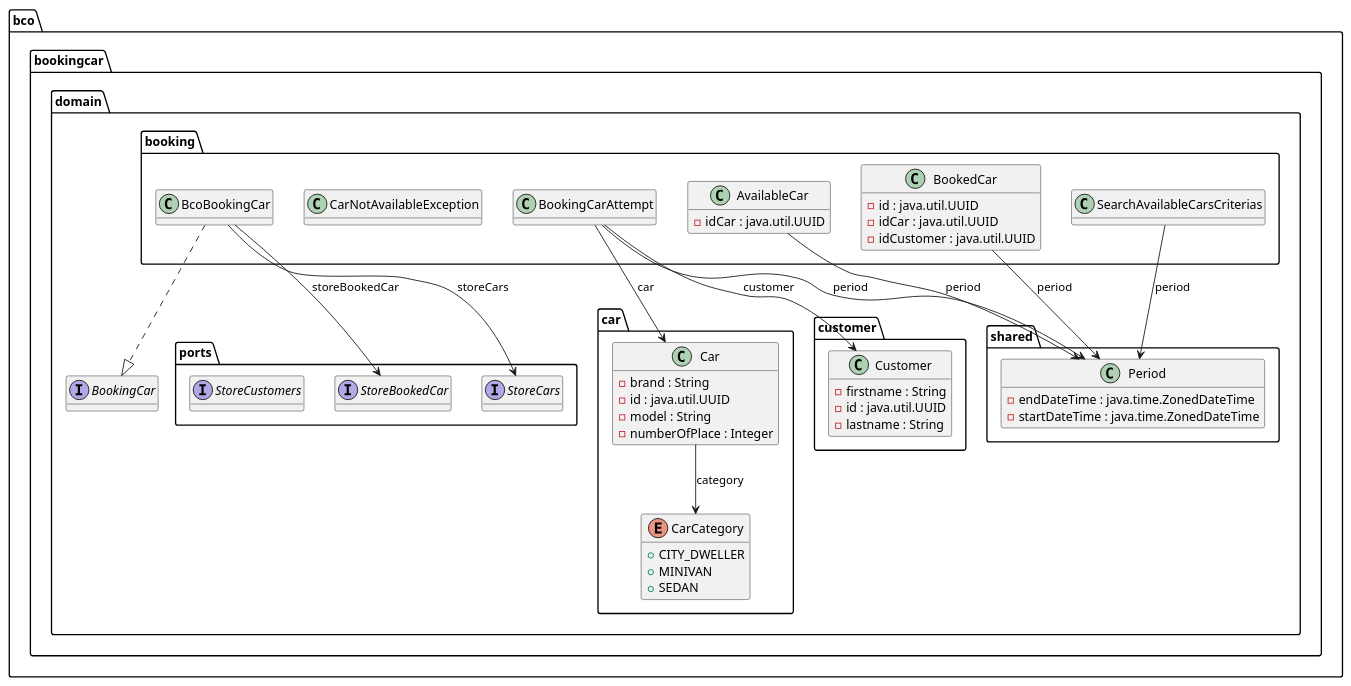
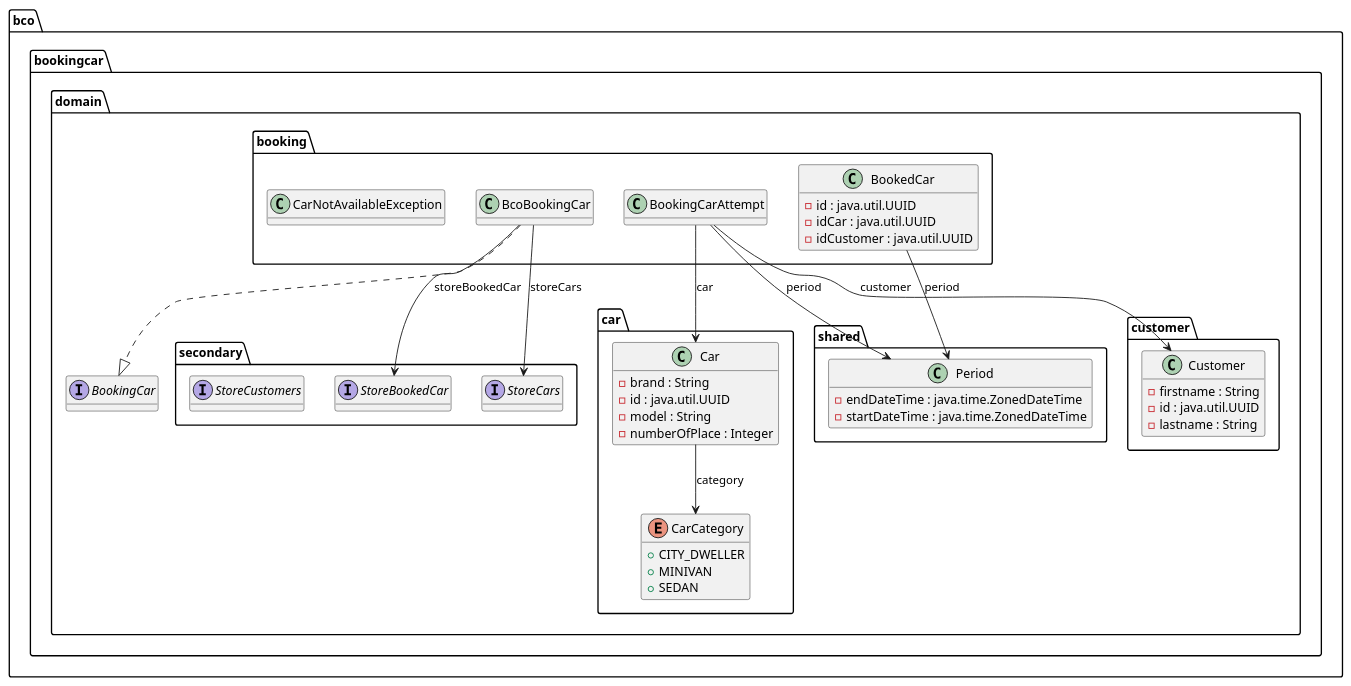
Before and after one commit to benjamins44/bookingcar: the diagram in bookingcar-domain/docs/domain.puml, drawn with PlantUML. The commit also changed 47 other files, not shown here.

```diff
--- a/bookingcar-domain/docs/domain.puml
+++ b/bookingcar-domain/docs/domain.puml
@@ -1,164 +1,136 @@
 @startuml
 
 interface bco.bookingcar.domain.BookingCar {
 	{method}  {abstract} +book ( paramBookingCarAttempt1 : bco.bookingcar.domain.booking.BookingCarAttempt ) : bco.bookingcar.domain.booking.BookedCar
-	{method}  {abstract} +search ( paramSearchAvailableCarsCriterias1 : bco.bookingcar.domain.booking.SearchAvailableCarsCriterias ) : java.util.List
-}
-
-
-class bco.bookingcar.domain.booking.AvailableCar {
-	{field} -idCar : java.util.UUID
-	{method}  {static} +builder () : bco.bookingcar.domain.booking.AvailableCar$AvailableCarBuilder
-	{method} #canEqual ( paramObject1 : Object ) : boolean
-	{method} +equals ( paramObject1 : Object ) : boolean
-	{method} +hashCode () : int
-	{method} +toString () : String
-	{method} +withIdCar ( paramUUID1 : java.util.UUID ) : bco.bookingcar.domain.booking.AvailableCar
-	{method} +withPeriod ( paramPeriod1 : bco.bookingcar.domain.shared.Period ) : bco.bookingcar.domain.booking.AvailableCar
+	{method}  {abstract} +carIsBookedOn ( paramCar1 : bco.bookingcar.domain.car.Car , paramPeriod2 : bco.bookingcar.domain.shared.Period ) : Boolean
 }
 
 
 class bco.bookingcar.domain.booking.BcoBookingCar {
 	{method} +book ( paramBookingCarAttempt1 : bco.bookingcar.domain.booking.BookingCarAttempt ) : bco.bookingcar.domain.booking.BookedCar
-	{method} -carIsBookedOn ( paramCar1 : bco.bookingcar.domain.car.Car , paramPeriod2 : bco.bookingcar.domain.shared.Period ) : boolean
-	{method} -carIsNotBookedIn ( paramCar1 : bco.bookingcar.domain.car.Car , paramPeriod2 : bco.bookingcar.domain.shared.Period ) : boolean
-	{method}  {static} -lambda$carIsNotBookedIn$2 ( paramCar1 : bco.bookingcar.domain.car.Car , paramUUID2 : java.util.UUID ) : boolean
-	{method} -lambda$search$0 ( paramSearchAvailableCarsCriterias1 : bco.bookingcar.domain.booking.SearchAvailableCarsCriterias , paramCar2 : bco.bookingcar.domain.car.Car ) : boolean
-	{method}  {static} -lambda$search$1 ( paramSearchAvailableCarsCriterias1 : bco.bookingcar.domain.booking.SearchAvailableCarsCriterias , paramCar2 : bco.bookingcar.domain.car.Car ) : bco.bookingcar.domain.booking.AvailableCar
-	{method} +search ( paramSearchAvailableCarsCriterias1 : bco.bookingcar.domain.booking.SearchAvailableCarsCriterias ) : java.util.List
+	{method} +carIsBookedOn ( paramCar1 : bco.bookingcar.domain.car.Car , paramPeriod2 : bco.bookingcar.domain.shared.Period ) : Boolean
 }
 
 
 class bco.bookingcar.domain.booking.BookedCar {
 	{field} -id : java.util.UUID
 	{field} -idCar : java.util.UUID
 	{field} -idCustomer : java.util.UUID
 	{method}  {static} +builder () : bco.bookingcar.domain.booking.BookedCar$BookedCarBuilder
 	{method} #canEqual ( paramObject1 : Object ) : boolean
 	{method} +equals ( paramObject1 : Object ) : boolean
 	{method} +hashCode () : int
 	{method} +toString () : String
 	{method} +withId ( paramUUID1 : java.util.UUID ) : bco.bookingcar.domain.booking.BookedCar
 	{method} +withIdCar ( paramUUID1 : java.util.UUID ) : bco.bookingcar.domain.booking.BookedCar
 	{method} +withIdCustomer ( paramUUID1 : java.util.UUID ) : bco.bookingcar.domain.booking.BookedCar
 	{method} +withPeriod ( paramPeriod1 : bco.bookingcar.domain.shared.Period ) : bco.bookingcar.domain.booking.BookedCar
 }
 
 
 class bco.bookingcar.domain.booking.BookingCarAttempt {
 	{method}  {static} +builder () : bco.bookingcar.domain.booking.BookingCarAttempt$BookingCarAttemptBuilder
 	{method} #canEqual ( paramObject1 : Object ) : boolean
 	{method} +equals ( paramObject1 : Object ) : boolean
 	{method} +hashCode () : int
 	{method} +toString () : String
 	{method} +withCar ( paramCar1 : bco.bookingcar.domain.car.Car ) : bco.bookingcar.domain.booking.BookingCarAttempt
 	{method} +withCustomer ( paramCustomer1 : bco.bookingcar.domain.customer.Customer ) : bco.bookingcar.domain.booking.BookingCarAttempt
 	{method} +withPeriod ( paramPeriod1 : bco.bookingcar.domain.shared.Period ) : bco.bookingcar.domain.booking.BookingCarAttempt
 }
 
 
 class bco.bookingcar.domain.booking.CarNotAvailableException {
-}
-
-
-class bco.bookingcar.domain.booking.SearchAvailableCarsCriterias {
-	{method}  {static} +builder () : bco.bookingcar.domain.booking.SearchAvailableCarsCriterias$SearchAvailableCarsCriteriasBuilder
-	{method} #canEqual ( paramObject1 : Object ) : boolean
-	{method} +equals ( paramObject1 : Object ) : boolean
-	{method} +hashCode () : int
-	{method} +toString () : String
-	{method} +withPeriod ( paramPeriod1 : bco.bookingcar.domain.shared.Period ) : bco.bookingcar.domain.booking.SearchAvailableCarsCriterias
 }
 
 
 class bco.bookingcar.domain.car.Car {
 	{field} -brand : String
 	{field} -id : java.util.UUID
 	{field} -model : String
 	{field} -numberOfPlace : Integer
 	{method}  {static} +builder () : bco.bookingcar.domain.car.Car$CarBuilder
 	{method} #canEqual ( paramObject1 : Object ) : boolean
 	{method} +equals ( paramObject1 : Object ) : boolean
 	{method} +hashCode () : int
 	{method} +toString () : String
 	{method} +withBrand ( paramString1 : String ) : bco.bookingcar.domain.car.Car
 	{method} +withCategory ( paramCarCategory1 : bco.bookingcar.domain.car.CarCategory ) : bco.bookingcar.domain.car.Car
 	{method} +withId ( paramUUID1 : java.util.UUID ) : bco.bookingcar.domain.car.Car
 	{method} +withModel ( paramString1 : String ) : bco.bookingcar.domain.car.Car
 	{method} +withNumberOfPlace ( paramInteger1 : Integer ) : bco.bookingcar.domain.car.Car
 }
 
 
 enum bco.bookingcar.domain.car.CarCategory {
 	{field} +CITY_DWELLER
 	{field} +MINIVAN
 	{field} +SEDAN
 }
 
 
 class bco.bookingcar.domain.customer.Customer {
 	{field} -firstname : String
 	{field} -id : java.util.UUID
 	{field} -lastname : String
 	{method}  {static} +builder () : bco.bookingcar.domain.customer.Customer$CustomerBuilder
 	{method} #canEqual ( paramObject1 : Object ) : boolean
 	{method} +equals ( paramObject1 : Object ) : boolean
 	{method} +hashCode () : int
 	{method} +toString () : String
 	{method} +withFirstname ( paramString1 : String ) : bco.bookingcar.domain.customer.Customer
 	{method} +withId ( paramUUID1 : java.util.UUID ) : bco.bookingcar.domain.customer.Customer
 	{method} +withLastname ( paramString1 : String ) : bco.bookingcar.domain.customer.Customer
 }
 
 
-interface bco.bookingcar.domain.ports.StoreBookedCar {
+interface bco.bookingcar.domain.secondary.StoreBookedCar {
 	{method}  {abstract} +add ( paramBookedCar1 : bco.bookingcar.domain.booking.BookedCar ) : bco.bookingcar.domain.booking.BookedCar
 	{method}  {abstract} +getAll ( paramPeriod1 : bco.bookingcar.domain.shared.Period ) : java.util.List
+	{method}  {abstract} +getBookedCarByCarAndPeriod ( paramCar1 : bco.bookingcar.domain.car.Car , paramPeriod2 : bco.bookingcar.domain.shared.Period ) : java.util.List
 }
 
 
-interface bco.bookingcar.domain.ports.StoreCars {
+interface bco.bookingcar.domain.secondary.StoreCars {
 	{method}  {abstract} +add ( paramCar1 : bco.bookingcar.domain.car.Car ) : bco.bookingcar.domain.car.Car
 	{method}  {abstract} +addAll ( paramList1 : java.util.List ) : java.util.List
 	{method}  {abstract} +getAll () : java.util.List
 	{method}  {abstract} +getById ( paramUUID1 : java.util.UUID ) : java.util.Optional
 	{method}  {abstract} +saveAll ( paramList1 : java.util.List ) : void
 }
 
 
-interface bco.bookingcar.domain.ports.StoreCustomers {
+interface bco.bookingcar.domain.secondary.StoreCustomers {
 	{method}  {abstract} +add ( paramCustomer1 : bco.bookingcar.domain.customer.Customer ) : bco.bookingcar.domain.customer.Customer
 	{method}  {abstract} +getById ( paramUUID1 : java.util.UUID ) : java.util.Optional
 }
 
 
 class bco.bookingcar.domain.shared.Period {
 	{field} -endDateTime : java.time.ZonedDateTime
 	{field} -startDateTime : java.time.ZonedDateTime
 	{method}  {static} +builder () : bco.bookingcar.domain.shared.Period$PeriodBuilder
 	{method} #canEqual ( paramObject1 : Object ) : boolean
 	{method} +equals ( paramObject1 : Object ) : boolean
 	{method} +hasIntersectionWith ( paramPeriod1 : bco.bookingcar.domain.shared.Period ) : boolean
 	{method} +hashCode () : int
 	{method} +toString () : String
 	{method} +withEndDateTime ( paramZonedDateTime1 : java.time.ZonedDateTime ) : bco.bookingcar.domain.shared.Period
 	{method} +withStartDateTime ( paramZonedDateTime1 : java.time.ZonedDateTime ) : bco.bookingcar.domain.shared.Period
 }
 
 
 
 
-bco.bookingcar.domain.booking.AvailableCar -->  bco.bookingcar.domain.shared.Period : period
-bco.bookingcar.domain.booking.BcoBookingCar -->  bco.bookingcar.domain.ports.StoreBookedCar : storeBookedCar
-bco.bookingcar.domain.booking.BcoBookingCar -->  bco.bookingcar.domain.ports.StoreCars : storeCars
+bco.bookingcar.domain.booking.BcoBookingCar -->  bco.bookingcar.domain.secondary.StoreBookedCar : storeBookedCar
+bco.bookingcar.domain.booking.BcoBookingCar -->  bco.bookingcar.domain.secondary.StoreCars : storeCars
 bco.bookingcar.domain.booking.BcoBookingCar ..|>  bco.bookingcar.domain.BookingCar
 bco.bookingcar.domain.booking.BookedCar -->  bco.bookingcar.domain.shared.Period : period
 bco.bookingcar.domain.booking.BookingCarAttempt -->  bco.bookingcar.domain.car.Car : car
 bco.bookingcar.domain.booking.BookingCarAttempt -->  bco.bookingcar.domain.customer.Customer : customer
 bco.bookingcar.domain.booking.BookingCarAttempt -->  bco.bookingcar.domain.shared.Period : period
-bco.bookingcar.domain.booking.SearchAvailableCarsCriterias -->  bco.bookingcar.domain.shared.Period : period
 bco.bookingcar.domain.car.Car -->  bco.bookingcar.domain.car.CarCategory : category
 
 hide methods
 
 @enduml
```
